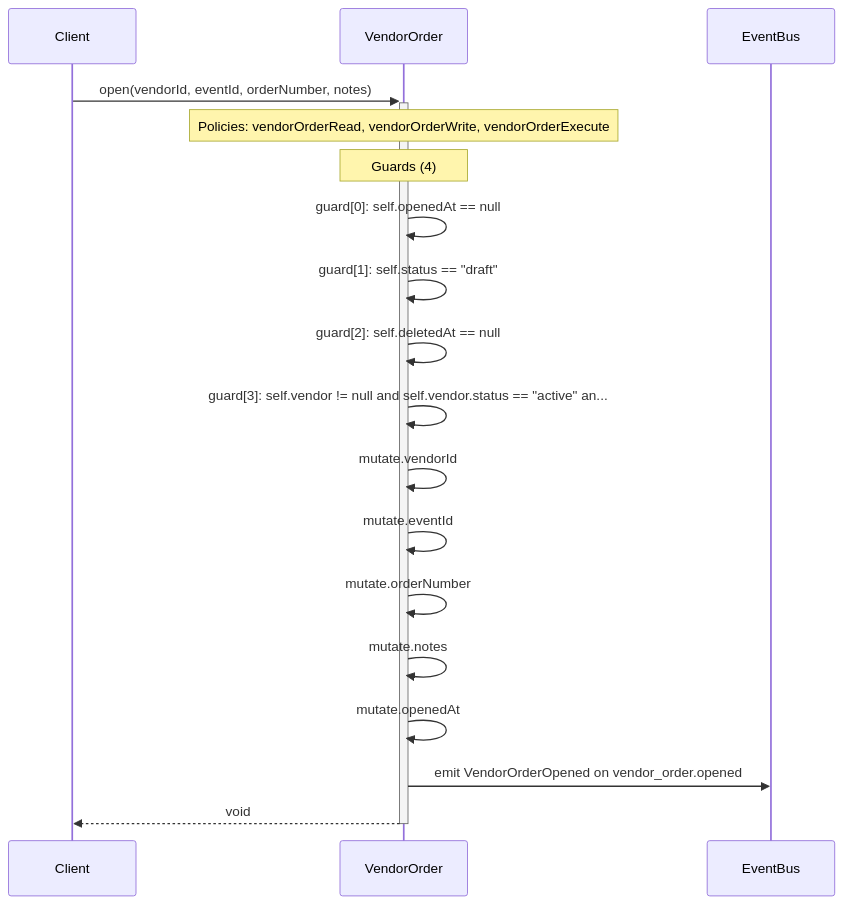
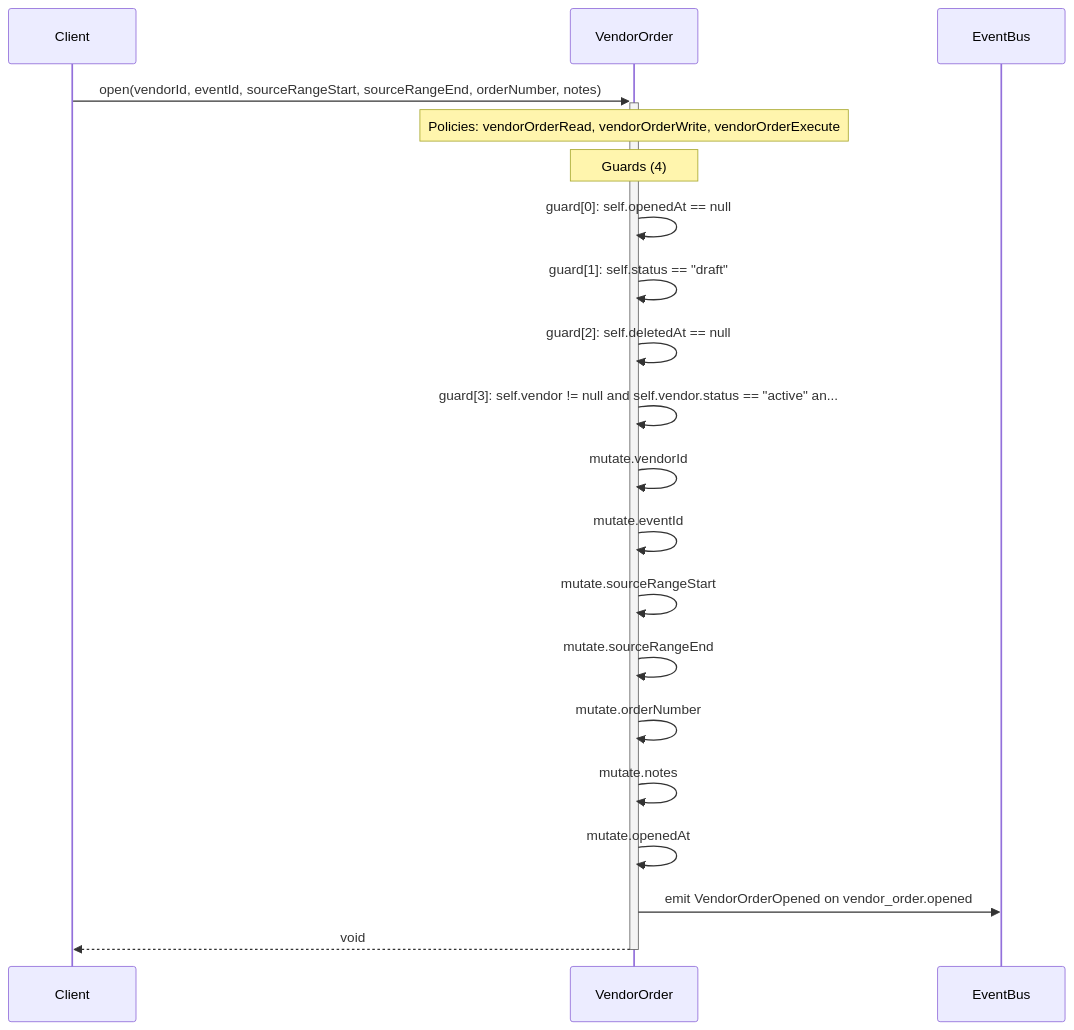
Before and after one commit to Angriff36/capsule: the diagram in diagrams/sequence-VendorOrder-open.mmd, drawn with Mermaid. The commit also changed 322 other files, not shown here.

```diff
--- a/diagrams/sequence-VendorOrder-open.mmd
+++ b/diagrams/sequence-VendorOrder-open.mmd
@@ -1,18 +1,20 @@
 sequenceDiagram
     participant Client
     participant VendorOrder as VendorOrder
     participant EventBus
-    Client->>+VendorOrder: open(vendorId, eventId, orderNumber, notes)
+    Client->>+VendorOrder: open(vendorId, eventId, sourceRangeStart, sourceRangeEnd, orderNumber, notes)
     Note over VendorOrder: Policies: vendorOrderRead, vendorOrderWrite, vendorOrderExecute
     Note over VendorOrder: Guards (4)
     VendorOrder->>VendorOrder: guard[0]: self.openedAt == null
     VendorOrder->>VendorOrder: guard[1]: self.status == #quot;draft#quot;
     VendorOrder->>VendorOrder: guard[2]: self.deletedAt == null
     VendorOrder->>VendorOrder: guard[3]: self.vendor != null and self.vendor.status == #quot;active#quot; an...
     VendorOrder->>VendorOrder: mutate.vendorId
     VendorOrder->>VendorOrder: mutate.eventId
+    VendorOrder->>VendorOrder: mutate.sourceRangeStart
+    VendorOrder->>VendorOrder: mutate.sourceRangeEnd
     VendorOrder->>VendorOrder: mutate.orderNumber
     VendorOrder->>VendorOrder: mutate.notes
     VendorOrder->>VendorOrder: mutate.openedAt
     VendorOrder->>EventBus: emit VendorOrderOpened on vendor_order.opened
     VendorOrder-->>-Client: void
```
